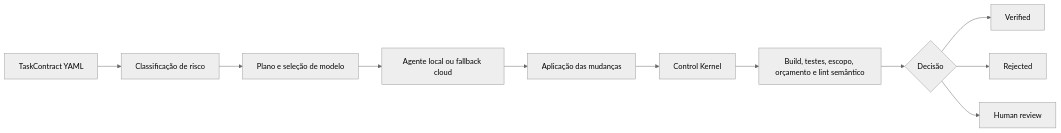
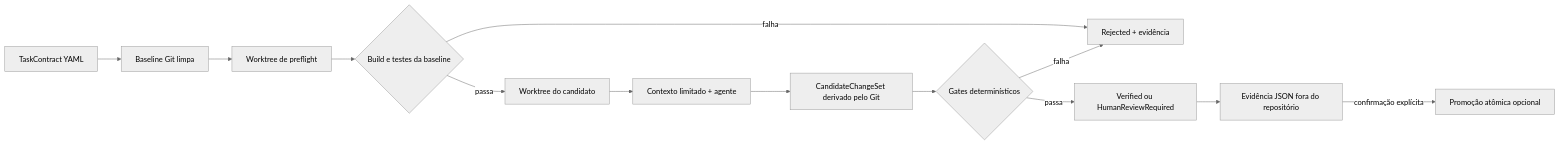
Before and after one commit to Fernandorsoul/AECS_FUNDA-O-TECNICA: the diagram in README.md, drawn with Mermaid (neutral theme). The commit also changed other lines of this file and 7 other files, not shown here.

Commit message:
docs: align trust boundary architecture

````diff
--- a/README.md
+++ b/README.md
@@ -17,13 +17,15 @@
 ```mermaid
 flowchart LR
-    A[TaskContract YAML] --> B[Classificação de risco]
-    B --> C[Plano e seleção de modelo]
-    C --> D[Agente local ou fallback cloud]
-    D --> E[Aplicação das mudanças]
-    E --> F[Control Kernel]
-    F --> G[Build, testes, escopo, orçamento e lint semântico]
-    G --> H{Decisão}
-    H --> I[Verified]
-    H --> J[Rejected]
-    H --> K[Human review]
+    A[TaskContract YAML] --> B[Baseline Git limpa]
+    B --> C[Worktree de preflight]
+    C --> D{Build e testes da baseline}
+    D -->|falha| R[Rejected + evidência]
+    D -->|passa| E[Worktree do candidato]
+    E --> F[Contexto limitado + agente]
+    F --> G[CandidateChangeSet derivado pelo Git]
+    G --> H{Gates determinísticos}
+    H -->|falha| R
+    H -->|passa| I[Verified ou HumanReviewRequired]
+    I --> J[Evidência JSON fora do repositório]
+    J -->|confirmação explícita| K[Promoção atômica opcional]
 ```
````
